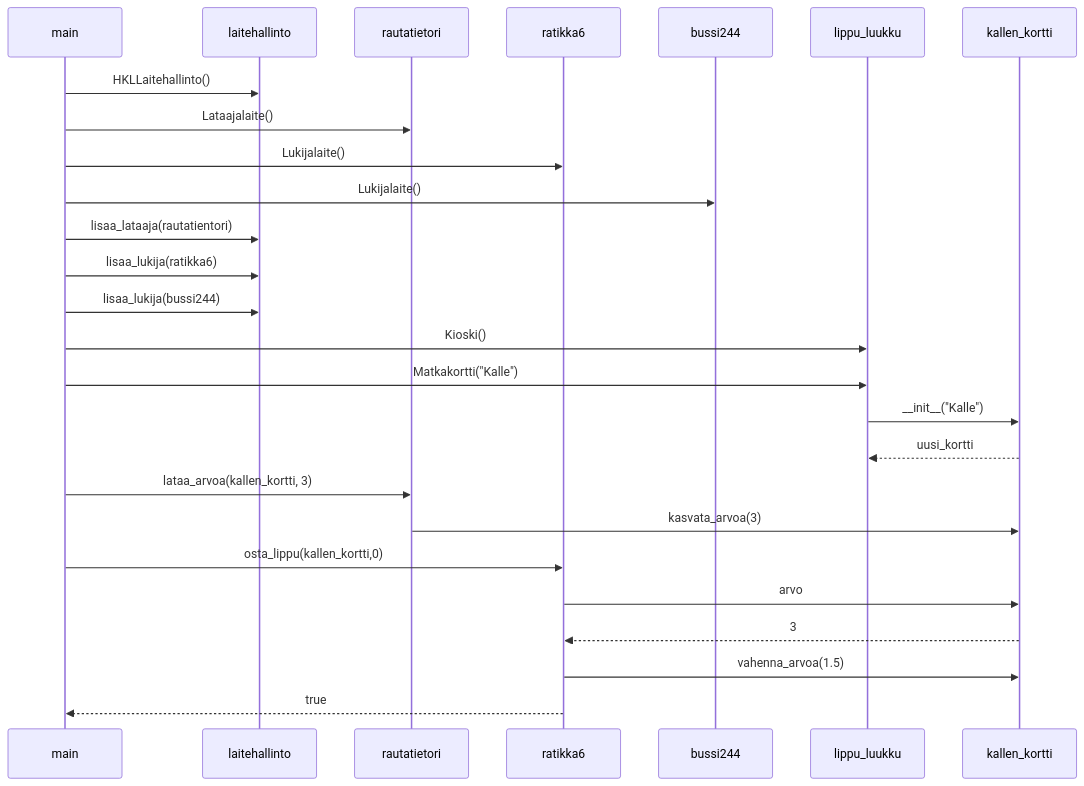
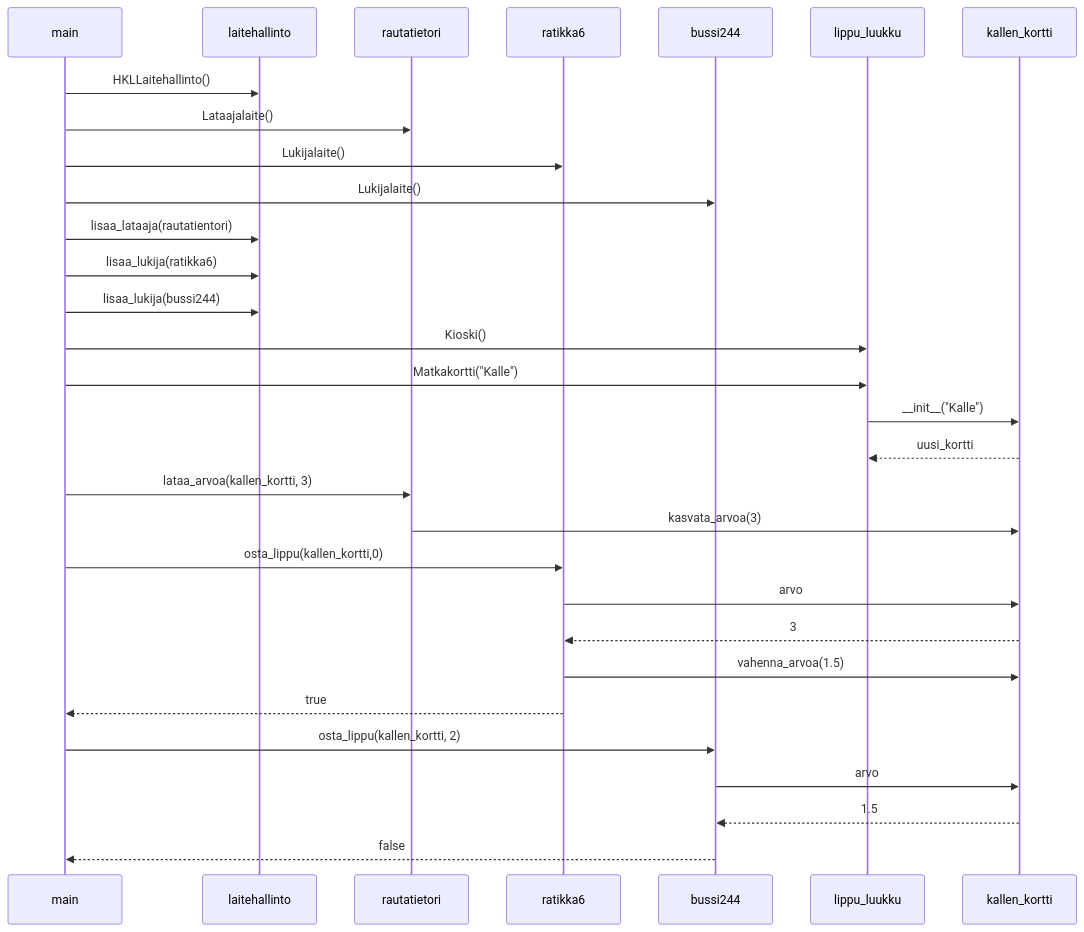
Before and after one commit to MiikaMatias/ot-harjoitustyo: the diagram in laskarit/viikko3/hsl_sekvenssi.md, drawn with Mermaid.

````diff
--- a/laskarit/viikko3/hsl_sekvenssi.md
+++ b/laskarit/viikko3/hsl_sekvenssi.md
@@ -1,22 +1,25 @@
 ```mermaid
 sequenceDiagram
      main ->> laitehallinto: HKLLaitehallinto()
      main ->> rautatietori: Lataajalaite()
      main ->> ratikka6: Lukijalaite()
      main ->> bussi244: Lukijalaite()
      main ->> laitehallinto: lisaa_lataaja(rautatientori)
      main ->> laitehallinto: lisaa_lukija(ratikka6)
      main ->> laitehallinto: lisaa_lukija(bussi244)
      main ->> lippu_luukku: Kioski()
      main ->> lippu_luukku: Matkakortti("Kalle")
      lippu_luukku ->> kallen_kortti : __init__("Kalle")
      kallen_kortti -->> lippu_luukku: uusi_kortti
      main ->> rautatietori: lataa_arvoa(kallen_kortti, 3)
      rautatietori ->> kallen_kortti: kasvata_arvoa(3)
      main ->> ratikka6: osta_lippu(kallen_kortti,0)
      ratikka6 ->> kallen_kortti: arvo
      kallen_kortti -->> ratikka6: 3
      ratikka6 ->> kallen_kortti: vahenna_arvoa(1.5)
      ratikka6 -->> main: true
-
+     main ->> bussi244: osta_lippu(kallen_kortti, 2)
+     bussi244 ->> kallen_kortti: arvo
+     kallen_kortti -->> bussi244: 1.5
+     bussi244 -->> main: false
 ```
````
